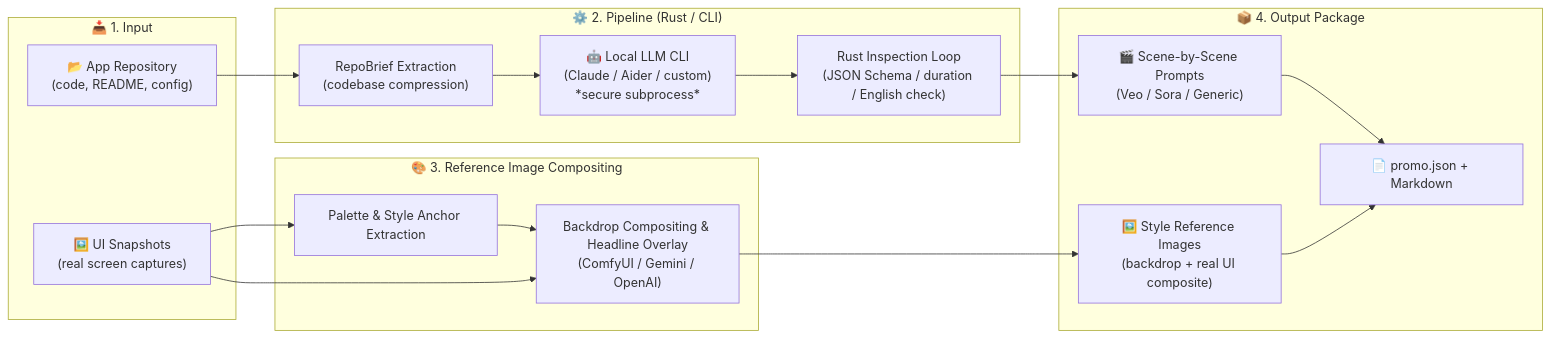
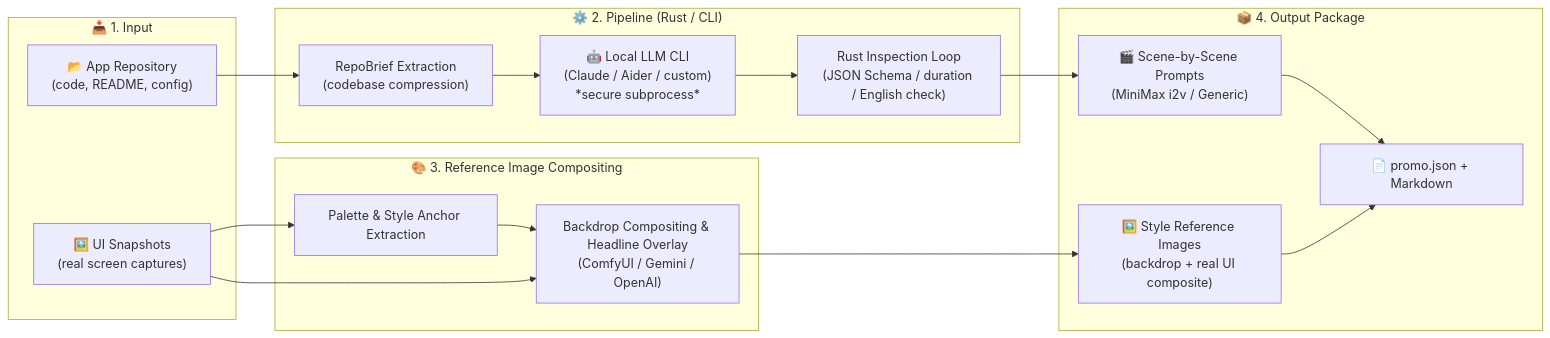
The diagram in README.md (betyourluck/AppPromoVideo), drawn with Mermaid before and after one commit. The commit also changed other lines of this file and 4 other files, not shown here.

First line of the commit message:
docs: Qiita 記事の下書き / README 日英の食い違いを直す (Veo・Sora / プロバイダ / 出力構成 / 動作要件)

````diff
--- a/README.md
+++ b/README.md
@@ -57,34 +57,34 @@
 ```mermaid
 flowchart LR
     subgraph Input ["📥 1. Input"]
         Repo["📂 App Repository<br/>(code, README, config)"]
         Snap["🖼️ UI Snapshots<br/>(real screen captures)"]
     end
 
     subgraph Pipeline ["⚙️ 2. Pipeline (Rust / CLI)"]
         Brief["RepoBrief Extraction<br/>(codebase compression)"]
         LLM["🤖 Local LLM CLI<br/>(Claude / Aider / custom)<br/>*secure subprocess*"]
         Inspect["Rust Inspection Loop<br/>(JSON Schema / duration / English check)"]
         Brief --> LLM --> Inspect
     end
 
     subgraph ImageGen ["🎨 3. Reference Image Compositing"]
         Palette["Palette & Style Anchor Extraction"]
         Compose["Backdrop Compositing & Headline Overlay<br/>(ComfyUI / Gemini / OpenAI)"]
         Palette --> Compose
     end
 
     subgraph Output ["📦 4. Output Package"]
-        Scene["🎬 Scene-by-Scene Prompts<br/>(Veo / Sora / Generic)"]
+        Scene["🎬 Scene-by-Scene Prompts<br/>(MiniMax i2v / Generic)"]
         RefImg["🖼️ Style Reference Images<br/>(backdrop + real UI composite)"]
         Pkg["📄 promo.json + Markdown"]
     end
 
     Repo --> Brief
     Snap --> Palette
     Snap --> Compose
     Inspect --> Scene
     Compose --> RefImg
     Scene --> Pkg
     RefImg --> Pkg
 ```
````
